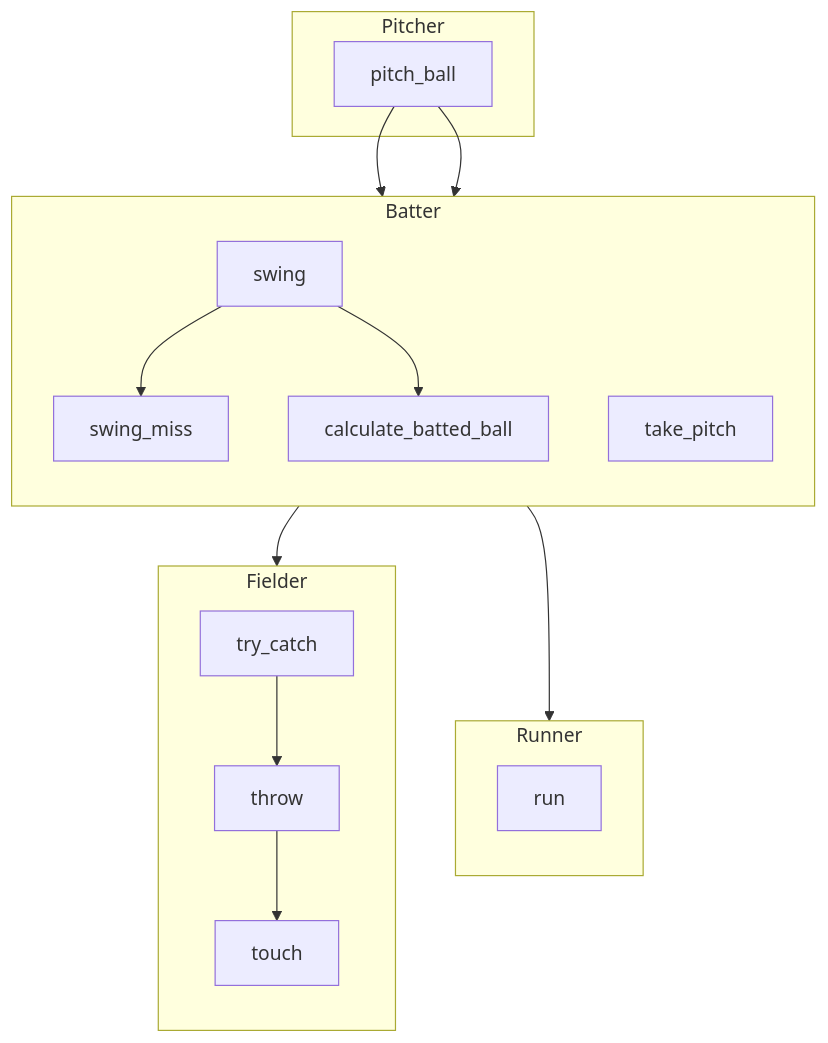
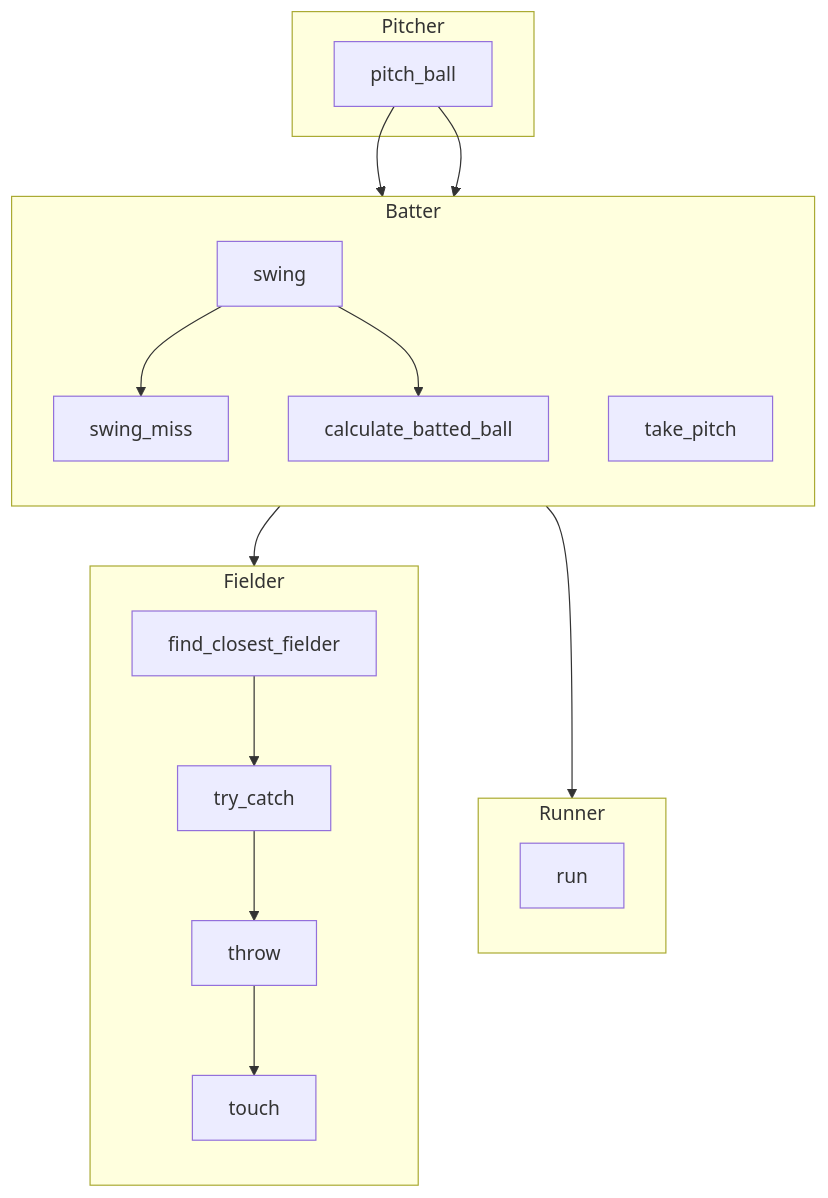
One commit to torafugu/saberbb changed the diagram in docs/ball_play_diagram.mmd. Above: the diagram before and after it, drawn with Mermaid. The commit also changed 6 other files, not shown here.

```diff
--- a/docs/ball_play_diagram.mmd
+++ b/docs/ball_play_diagram.mmd
@@ -1,27 +1,27 @@
 flowchart TD
   subgraph pitcher["Pitcher"]
     pitch_ball
   end
 
   pitch_ball --> swing
   pitch_ball --> take_pitch
     
   subgraph batter["Batter"]
     direction TB
     take_pitch
     swing --> swing_miss
     swing --> calculate_batted_ball
   end
 
   calculate_batted_ball --> fielder
   calculate_batted_ball --> runner
 
   subgraph fielder["Fielder"]
     direction TB
-    try_catch --> throw --> touch
+    find_closest_fielder --> try_catch --> throw --> touch
   end
 
   subgraph runner["Runner"]
     direction TB
     run
   end
```
